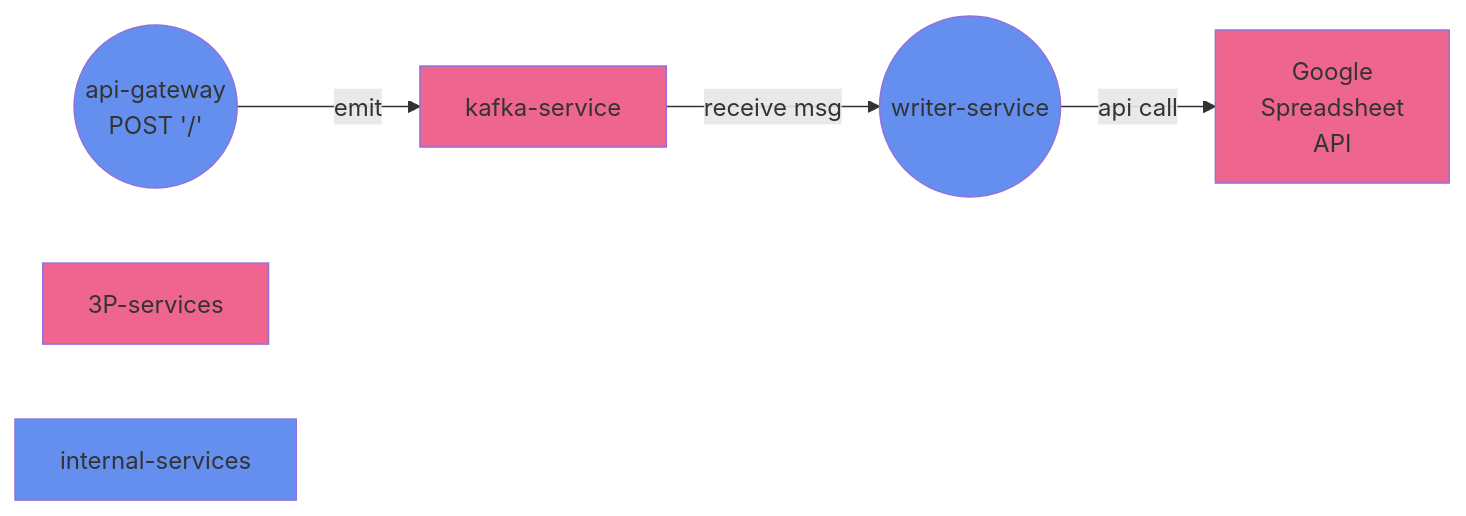
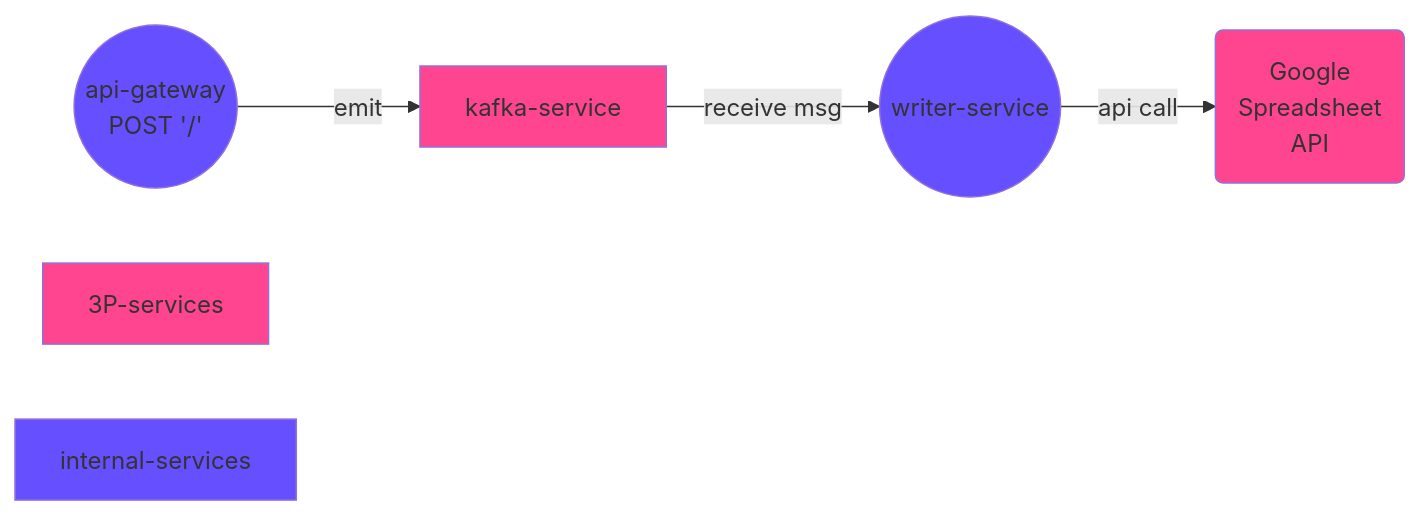
The diagram in README.md (marco-souza/spreadsheet-writer), drawn with Mermaid before and after one commit.

Commit message:
enh: update docs colors

````diff
--- a/README.md
+++ b/README.md
@@ -13,13 +13,13 @@
 ```mermaid
 %%{init: {'theme':'drak'}}%%
 graph LR;
   A((api-gateway\nPOST '/'))--emit-->B[kafka-service];
   B--receive msg-->C((writer-service));
-  C--api call-->D[Google\nSpreadsheet\nAPI];
-  style A fill:#658fEE;
-  style C fill:#658fEE;
-  style B fill:#EE658f;
-  style D fill:#EE658f;
-  style 3P-services fill:#EE658f;
-  style internal-services fill:#658fEE;
+  C--api call-->D(Google\nSpreadsheet\nAPI);
+  style A fill:#654fFF;
+  style C fill:#654fFF;
+  style B fill:#FF458f;
+  style D fill:#FF458f;
+  style 3P-services fill:#FF458f;
+  style internal-services fill:#654fFF;
 ```
````
